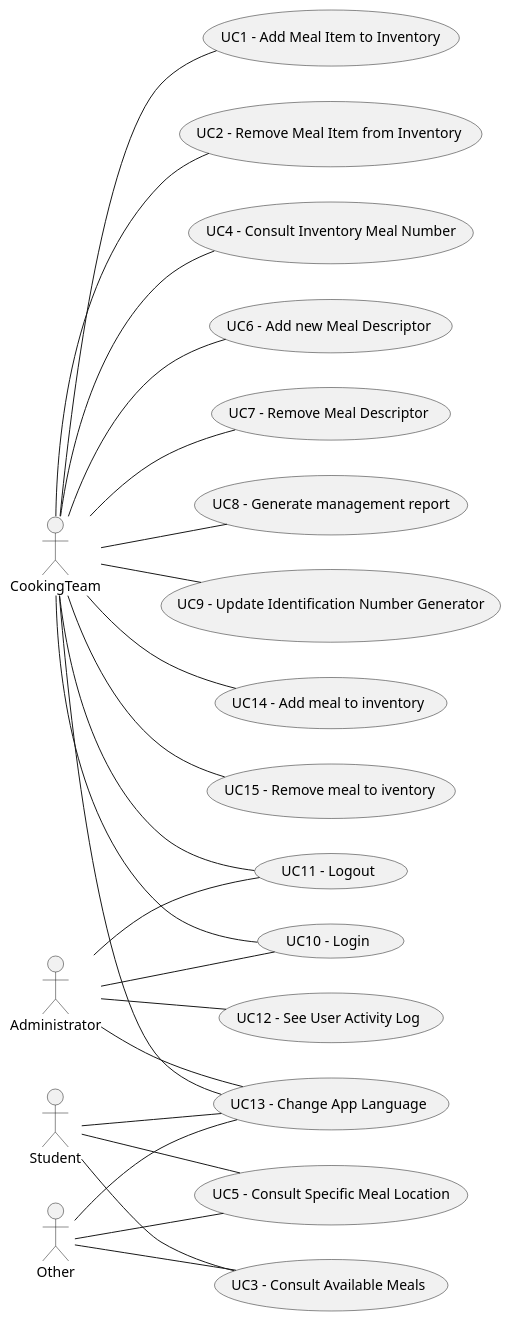
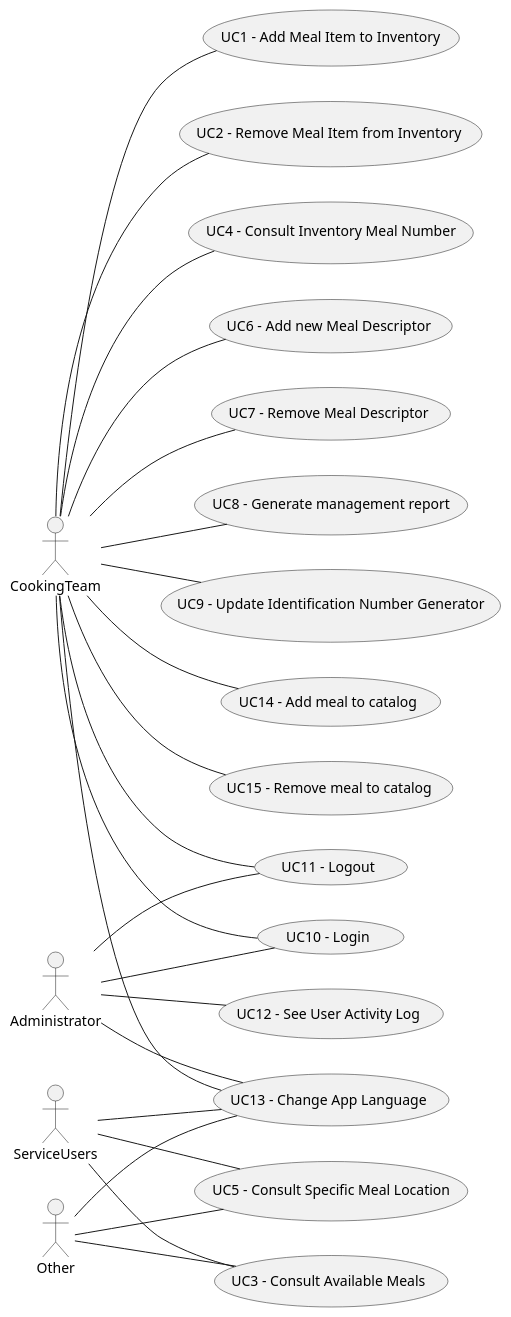
One commit to PeFerreira98/ARQSOFT_2019 changed the diagram in P1/ADD/UseCaseDiagram.puml. Above: the diagram before and after it, drawn with PlantUML. The commit also changed 2 other files, not shown here.

```diff
--- a/P1/ADD/UseCaseDiagram.puml
+++ b/P1/ADD/UseCaseDiagram.puml
@@ -1,93 +1,93 @@
 @startuml UseCaseDiagram
 left to right direction
 
 actor Administrator
 actor CookingTeam
-actor Student
+actor ServiceUsers
 actor Other
 
 usecase UC1 [
     UC1 - Add Meal Item to Inventory
 ]
 usecase UC2 [ 
     UC2 - Remove Meal Item from Inventory 
 ]
 usecase UC3 [ 
     UC3 - Consult Available Meals
 ]
 usecase UC4 [ 
     UC4 - Consult Inventory Meal Number
 ]
 usecase UC5 [ 
     UC5 - Consult Specific Meal Location
 ]
 usecase UC6 [ 
     UC6 - Add new Meal Descriptor
 ]
 usecase UC7 [ 
     UC7 - Remove Meal Descriptor
 ]
 usecase UC8 [ 
     UC8 - Generate management report
 ]
 usecase UC9 [ 
     UC9 - Update Identification Number Generator
 ]
 usecase UC10 [ 
     UC10 - Login
 ]
 usecase UC11 [ 
     UC11 - Logout
 ]
 usecase UC12 [
     UC12 - See User Activity Log
 ]
 usecase UC13 [
     UC13 - Change App Language
 ]
 usecase UC14 [
-    UC14 - Add meal to inventory
+    UC14 - Add meal to catalog
 ]
 
 usecase UC15 [
-    UC15 - Remove meal to iventory
+    UC15 - Remove meal to catalog
 ]
 
 
 CookingTeam -- UC1
 
 CookingTeam -- UC2
 
-Student -- UC3
+ServiceUsers -- UC3
 Other -- UC3
 
 CookingTeam -- UC4
 
-Student -- UC5
+ServiceUsers -- UC5
 Other -- UC5
 
 CookingTeam -- UC6
 
 CookingTeam -- UC7
 
 CookingTeam -- UC8
 
 CookingTeam -- UC9
 
 CookingTeam -- UC14
 
 CookingTeam -- UC15
 
 Administrator -- UC10
 CookingTeam -- UC10
 
 Administrator -- UC11
 CookingTeam -- UC11
 
 Administrator -- UC12
 
 Administrator -- UC13
 CookingTeam -- UC13
-Student -- UC13
+ServiceUsers -- UC13
 Other -- UC13
 @enduml
```
